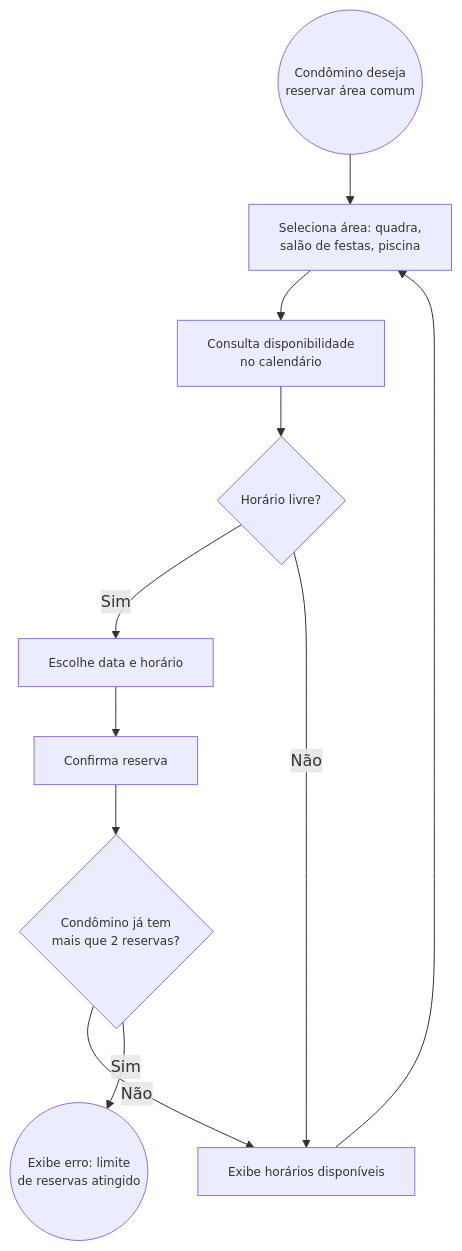
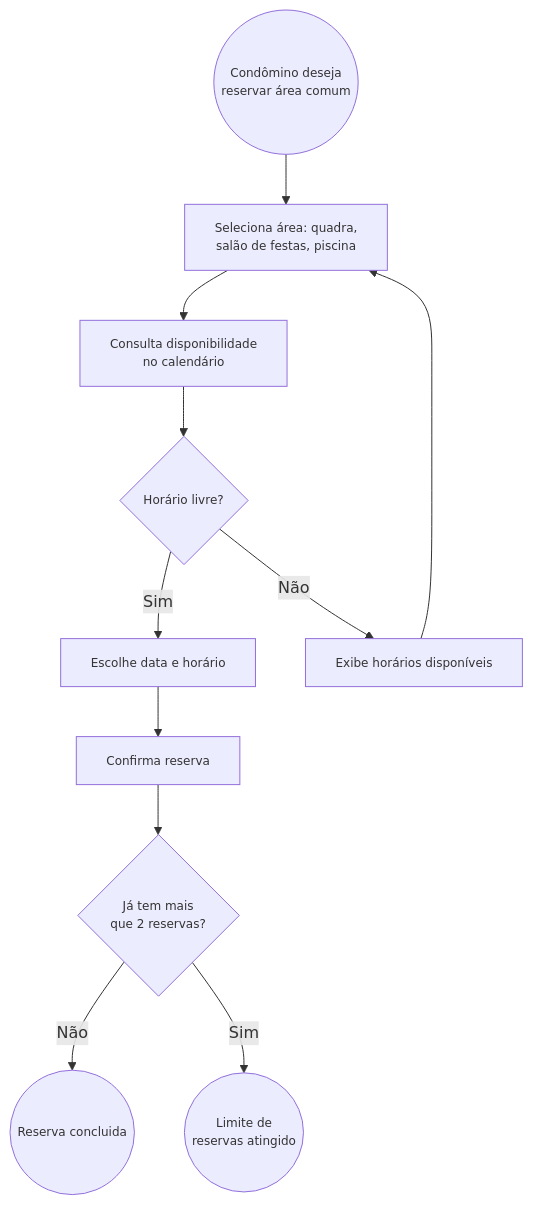
The second of 3 diagrams in diagrams.md (daniel-trindade/Condominium), drawn with Mermaid before and after one commit.

Commit message:
diagrams 3rd update

````diff
--- a/diagrams.md
+++ b/diagrams.md
@@ -37,19 +37,19 @@
 ```mermaid
 graph TD
     classDef s_font font-size:12px;
 
     A((Condômino deseja<br>reservar área comum)) --> B[Seleciona área: quadra,<br>salão de festas, piscina];
     B --> C[Consulta disponibilidade<br>no calendário];
     C --> D{Horário livre?};
     D -- Sim --> E[Escolhe data e horário];
     E --> F[Confirma reserva];
-    F --> G{Condômino já tem <br> mais que 2 reservas?};
-    G -- Não --> H((Reserva confirmada<br>no sistema));
-    G -- Sim --> I((Exibe erro: limite<br>de reservas atingido));
+    F --> G{Já tem mais <br> que 2 reservas?};
+    G -- Não --> I((Reserva concluida));
+    G -- Sim --> J((Limite de<br>reservas atingido));
     
 
     D -- Não --> H[Exibe horários disponíveis];
     H --> B;
 
-    class A,B,C,D,E,F,G,H,I s_font;
+    class A,B,C,D,E,F,G,H,I,J s_font;
 ```
````
